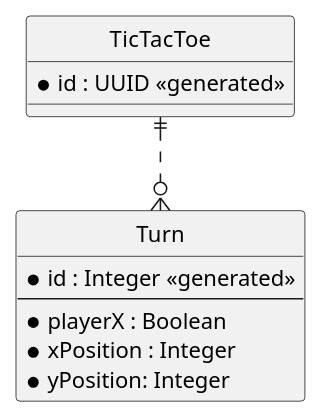
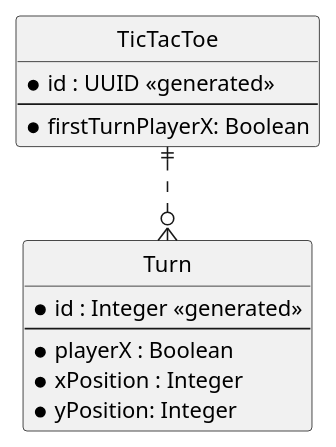
One commit to liljafreja/tictactoe changed the diagram in puml.md. Above: the diagram before and after it, drawn with PlantUML. The commit also changed 4 other files, not shown here.

```diff
--- a/puml.md
+++ b/puml.md
@@ -1,24 +1,26 @@
 @startuml
 
 ' hide the spot
 hide circle
 
 ' avoid problems with angled crows feet
 skinparam linetype ortho
 
 entity "TicTacToe" as e01 {
 *id : UUID <<generated>>
+--
+*firstTurnPlayerX: Boolean
 }
 
 entity "Turn" as e02 {
 *id : Integer <<generated>>
 --
 *playerX : Boolean
 *xPosition : Integer
 *yPosition: Integer
 }
 
 
 e01 ||..o{ e02
 
 @enduml
```
